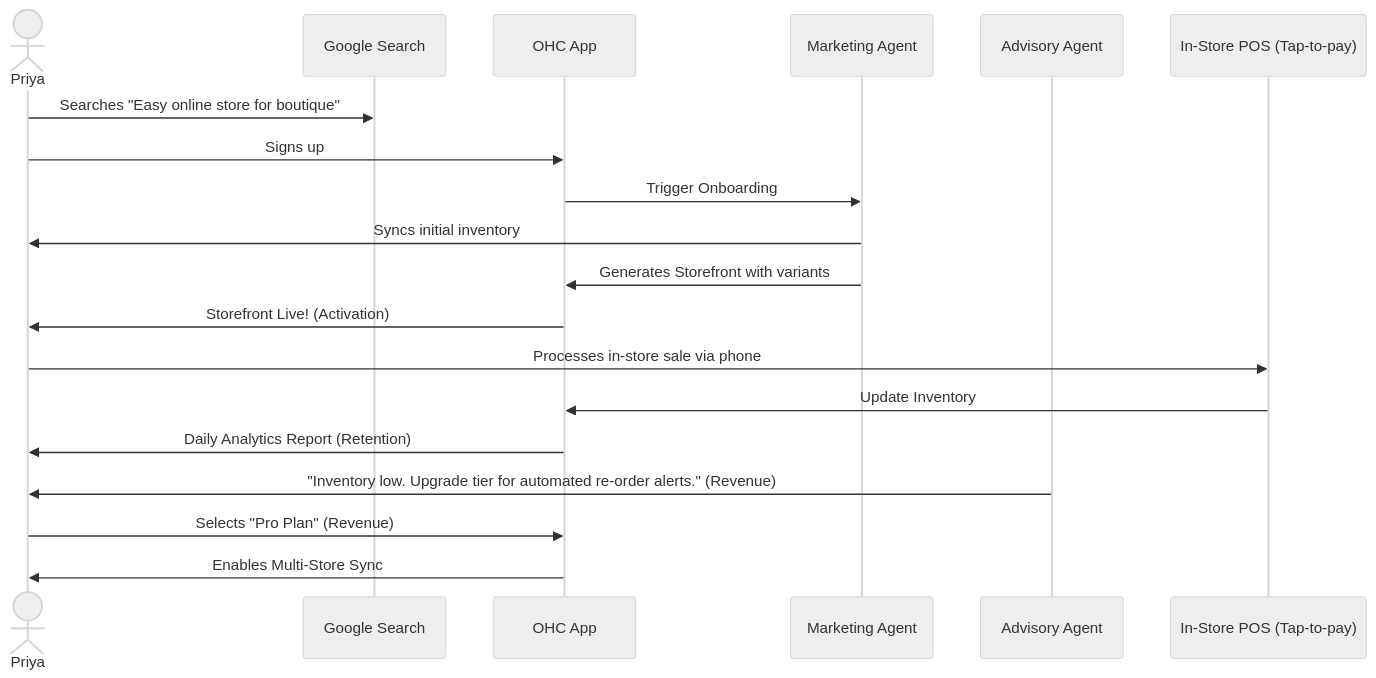
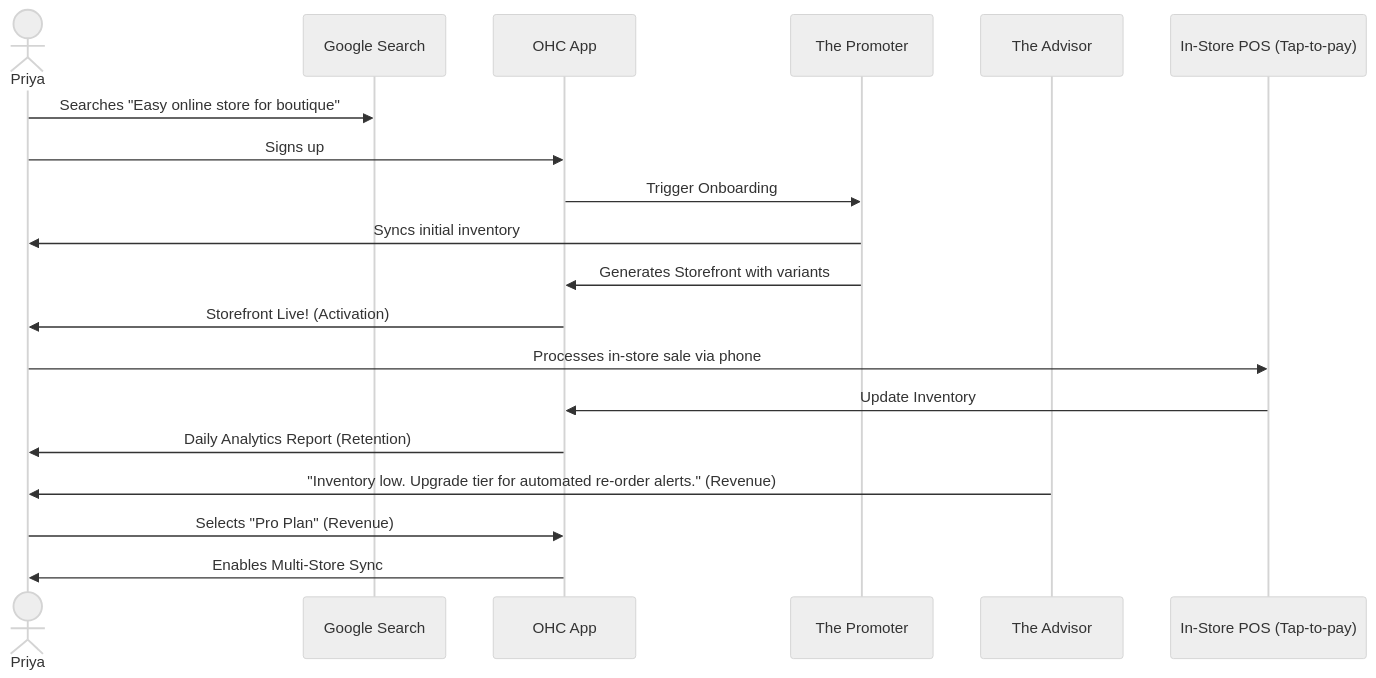
Before and after one commit to omnisolo-llc/onehumancorp: the third of 5 diagrams in docs/research/[architecture]_business_journey.md, drawn with Mermaid (neutral theme). The commit also changed other lines of this file and 1 other file, not shown here.

Commit message:
Add comprehensive business journey architecture research report

````diff
--- a/docs/research/[architecture]_business_journey.md
+++ b/docs/research/[architecture]_business_journey.md
@@ -99,22 +117,22 @@
 ```mermaid
 sequenceDiagram
     actor Priya
     participant Search as Google Search
     participant OHC as OHC App
-    participant AI_Mark as Marketing Agent
-    participant AI_Adv as Advisory Agent
+    participant AI_Mark as The Promoter
+    participant AI_Adv as The Advisor
     participant POS as In-Store POS (Tap-to-pay)
 
     Priya->>Search: Searches "Easy online store for boutique"
     Priya->>OHC: Signs up
     OHC->>AI_Mark: Trigger Onboarding
     AI_Mark->>Priya: Syncs initial inventory
     AI_Mark->>OHC: Generates Storefront with variants
     OHC->>Priya: Storefront Live! (Activation)
     Priya->>POS: Processes in-store sale via phone
     POS->>OHC: Update Inventory
     OHC->>Priya: Daily Analytics Report (Retention)
     AI_Adv->>Priya: "Inventory low. Upgrade tier for automated re-order alerts." (Revenue)
     Priya->>OHC: Selects "Pro Plan" (Revenue)
     OHC->>Priya: Enables Multi-Store Sync
 ```
````
